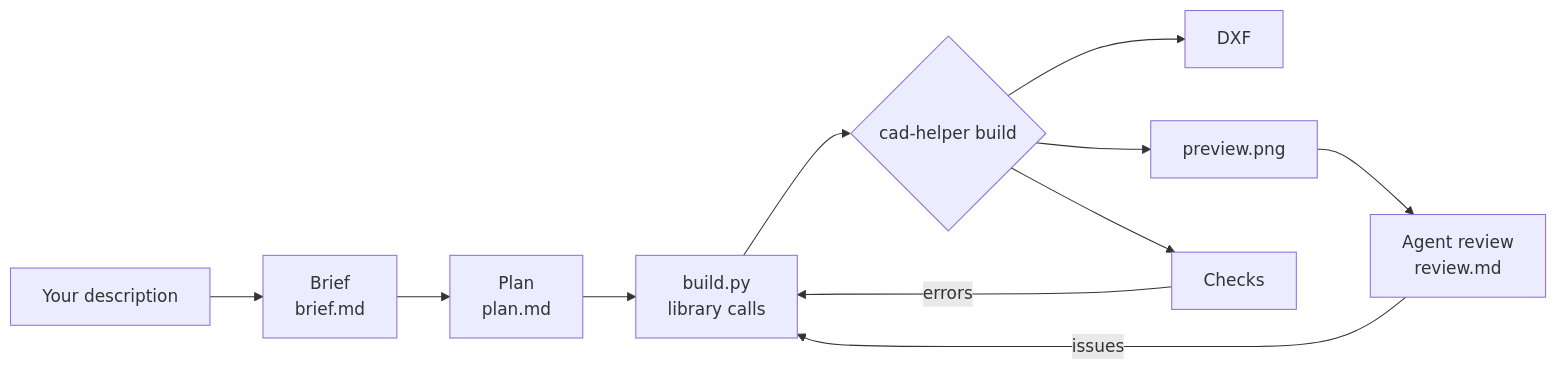
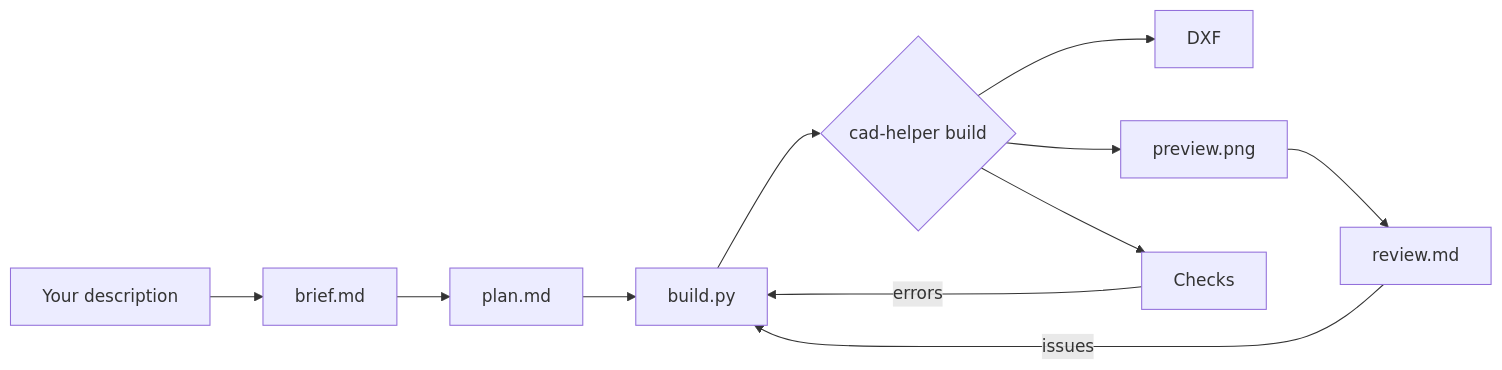
One commit to vinter-man/cad-helper changed the diagram in README.md. Above: the diagram before and after it, drawn with Mermaid. The commit also changed other lines of this file and 5 other files, not shown here.

````diff
--- a/README.md
+++ b/README.md
@@ -158,13 +168,13 @@
 ```mermaid
 flowchart LR
-    A[Your description] --> B[Brief<br/>brief.md]
-    B --> C[Plan<br/>plan.md]
-    C --> D[build.py<br/>library calls]
+    A[Your description] --> B[brief.md]
+    B --> C[plan.md]
+    C --> D[build.py]
     D --> E{cad-helper build}
     E --> F[DXF]
     E --> G[preview.png]
     E --> H[Checks]
     H -- errors --> D
-    G --> I[Agent review<br/>review.md]
+    G --> I[review.md]
     I -- issues --> D
 ```
````
